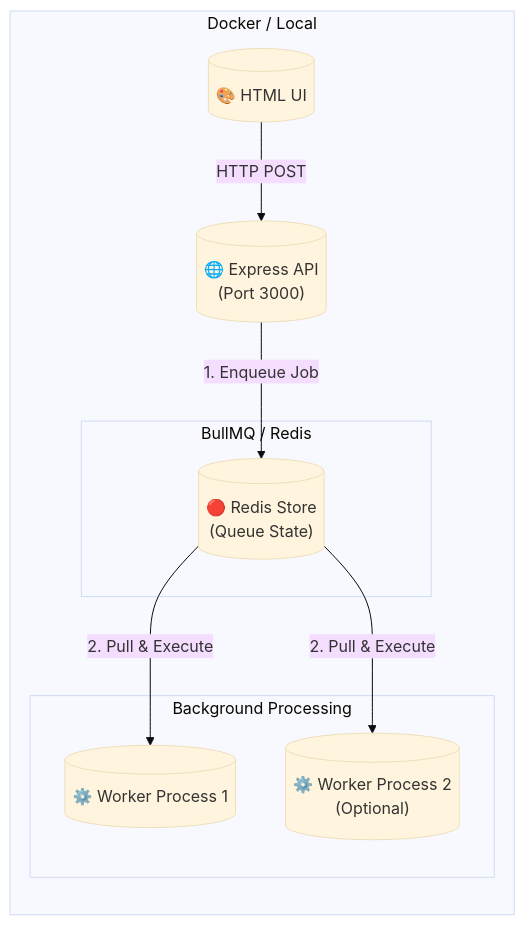
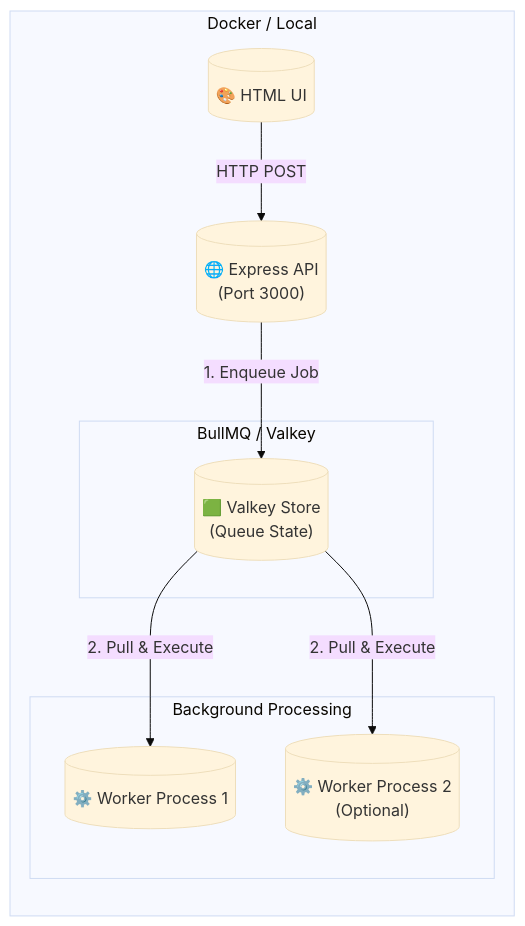
The diagram in README.md (amardeep2006/on-demand-jobs-via-BullMQ), drawn with Mermaid (base theme) before and after one commit. The commit also changed other lines of this file and 1 other file, not shown here.

Commit message:
chore: migrate primary storage to Valkey and add legacy Redis compose support

````diff
--- a/README.md
+++ b/README.md
@@ -109,23 +109,23 @@
 ```mermaid
 flowchart LR
     subgraph "Docker / Local"
-        API[("🌐 Express API\n(Port 3000)")]
+        API[("🌐 Express API<br/>(Port 3000)")]
         UI[("🎨 HTML UI")]
         
         UI -->|HTTP POST| API
         
-        subgraph "BullMQ / Redis"
-            REDIS[("🔴 Redis Store\n(Queue State)")]
+        subgraph "BullMQ / Valkey"
+            REDIS[("🟩 Valkey Store<br/>(Queue State)")]
         end
         
         API -->|1. Enqueue Job| REDIS
         
         subgraph "Background Processing"
             WORKER1[("⚙️ Worker Process 1")]
-            WORKER2[("⚙️ Worker Process 2\n(Optional)")]
+            WORKER2[("⚙️ Worker Process 2<br/>(Optional)")]
         end
         
         REDIS -->|2. Pull & Execute| WORKER1
         REDIS -->|2. Pull & Execute| WORKER2
     end
 ```
````
